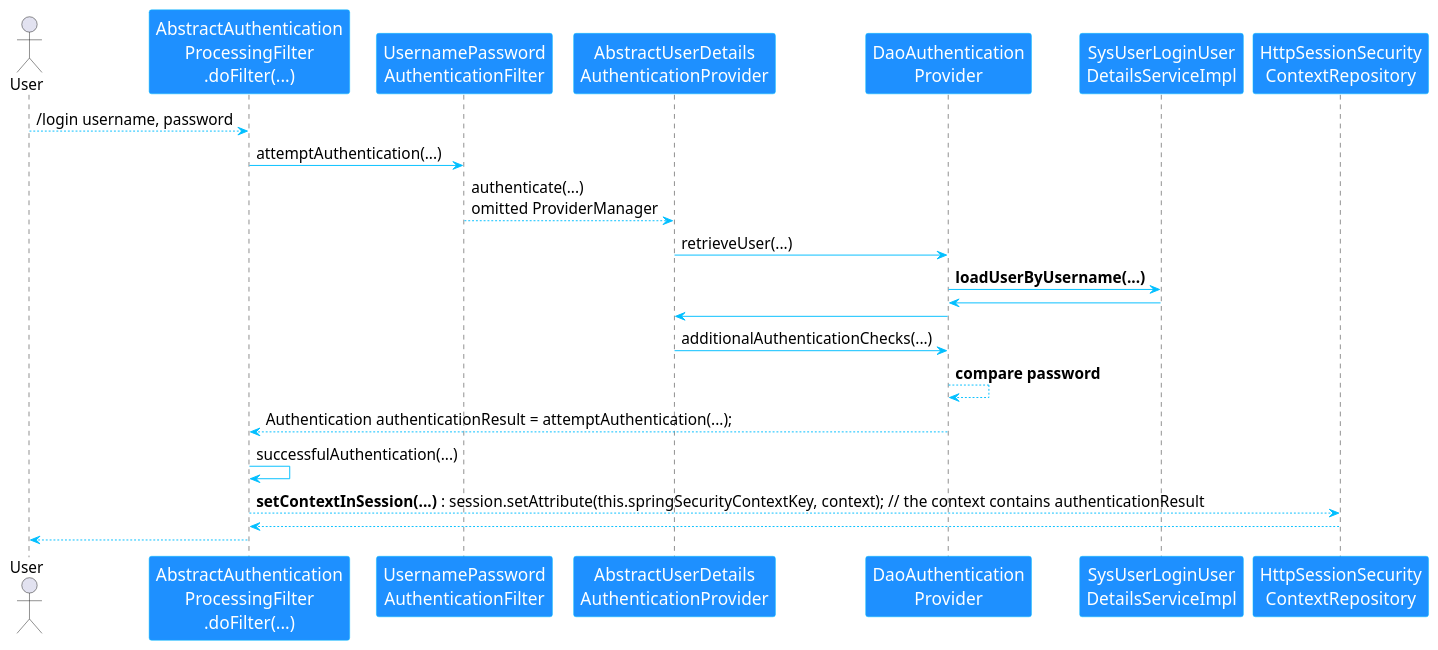
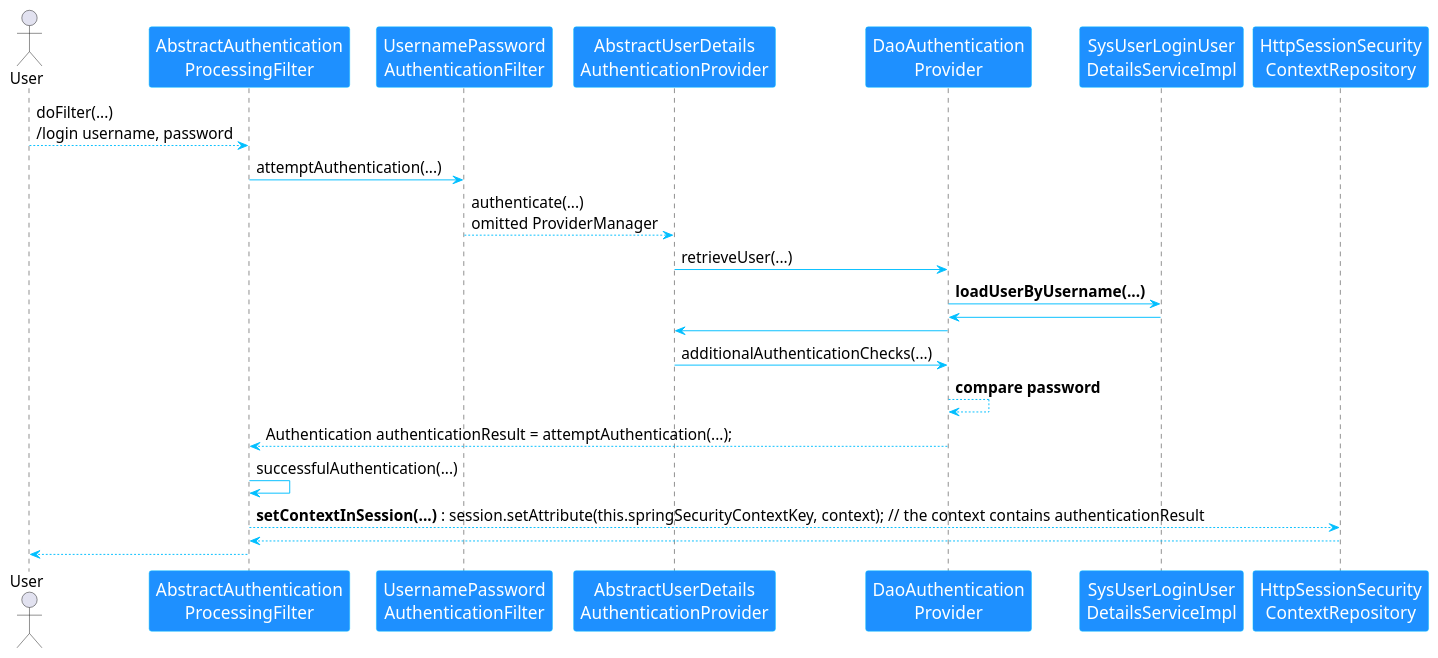
One commit to Camio1945/huava changed the diagram in docs/v0.0.3/04.spring_security_form_login.puml. Above: the diagram before and after it, drawn with PlantUML. The commit also changed 6 other files, not shown here.

Commit message:
Draw Spring Security form login with default remember-me flowchart

```diff
--- a/docs/v0.0.3/04.spring_security_form_login.puml
+++ b/docs/v0.0.3/04.spring_security_form_login.puml
@@ -1,27 +1,27 @@
 @startuml
-' 以下是全局默认的样式（不能使用 Fira Code 字体，否则显示不了中文）
+' The following is the global default style (do not use Fira Code font, otherwise the Chinese will not be displayed)
 skinparam DefaultFontName Microsoft YaHei
 skinparam DefaultFontSize 16
 skinparam ArrowColor DeepSkyBlue
-' 以下是参与者（类）的样式
+' The following is the style of the actor (class)
 skinparam ParticipantFontColor White
 skinparam ParticipantBorderColor DeepSkyBlue
 skinparam ParticipantBackgroundColor DodgerBlue
 skinparam ParticipantFontSize 18
-' 以下是流程图代码
+' Here is the flowchart code
 actor User
-User --> "AbstractAuthentication\nProcessingFilter\n.doFilter(...)": /login username, password
-"AbstractAuthentication\nProcessingFilter\n.doFilter(...)" -> "UsernamePassword\nAuthenticationFilter":attemptAuthentication(...)
+User --> "AbstractAuthentication\nProcessingFilter": doFilter(...)\n/login username, password
+"AbstractAuthentication\nProcessingFilter" -> "UsernamePassword\nAuthenticationFilter":attemptAuthentication(...)
 "UsernamePassword\nAuthenticationFilter" --> "AbstractUserDetails\nAuthenticationProvider":authenticate(...)\nomitted ProviderManager
 "AbstractUserDetails\nAuthenticationProvider" -> "DaoAuthentication\nProvider":retrieveUser(...)
 "DaoAuthentication\nProvider" -> "SysUserLoginUser\nDetailsServiceImpl":**loadUserByUsername(...)**
 "DaoAuthentication\nProvider" <- "SysUserLoginUser\nDetailsServiceImpl"
 "AbstractUserDetails\nAuthenticationProvider" <- "DaoAuthentication\nProvider"
 "AbstractUserDetails\nAuthenticationProvider" -> "DaoAuthentication\nProvider":additionalAuthenticationChecks(...)
 "DaoAuthentication\nProvider" --> "DaoAuthentication\nProvider":**compare password**
-"AbstractAuthentication\nProcessingFilter\n.doFilter(...)" <-- "DaoAuthentication\nProvider":Authentication authenticationResult = attemptAuthentication(...);
-"AbstractAuthentication\nProcessingFilter\n.doFilter(...)" -> "AbstractAuthentication\nProcessingFilter\n.doFilter(...)":successfulAuthentication(...)
-"AbstractAuthentication\nProcessingFilter\n.doFilter(...)" --> "HttpSessionSecurity\nContextRepository":**setContextInSession(...)** : session.setAttribute(this.springSecurityContextKey, context); // the context contains authenticationResult
-"AbstractAuthentication\nProcessingFilter\n.doFilter(...)" <-- "HttpSessionSecurity\nContextRepository"
-User <-- "AbstractAuthentication\nProcessingFilter\n.doFilter(...)"
+"AbstractAuthentication\nProcessingFilter" <-- "DaoAuthentication\nProvider":Authentication authenticationResult = attemptAuthentication(...);
+"AbstractAuthentication\nProcessingFilter" -> "AbstractAuthentication\nProcessingFilter":successfulAuthentication(...)
+"AbstractAuthentication\nProcessingFilter" --> "HttpSessionSecurity\nContextRepository":**setContextInSession(...)** : session.setAttribute(this.springSecurityContextKey, context); // the context contains authenticationResult
+"AbstractAuthentication\nProcessingFilter" <-- "HttpSessionSecurity\nContextRepository"
+User <-- "AbstractAuthentication\nProcessingFilter"
 @enduml
```
